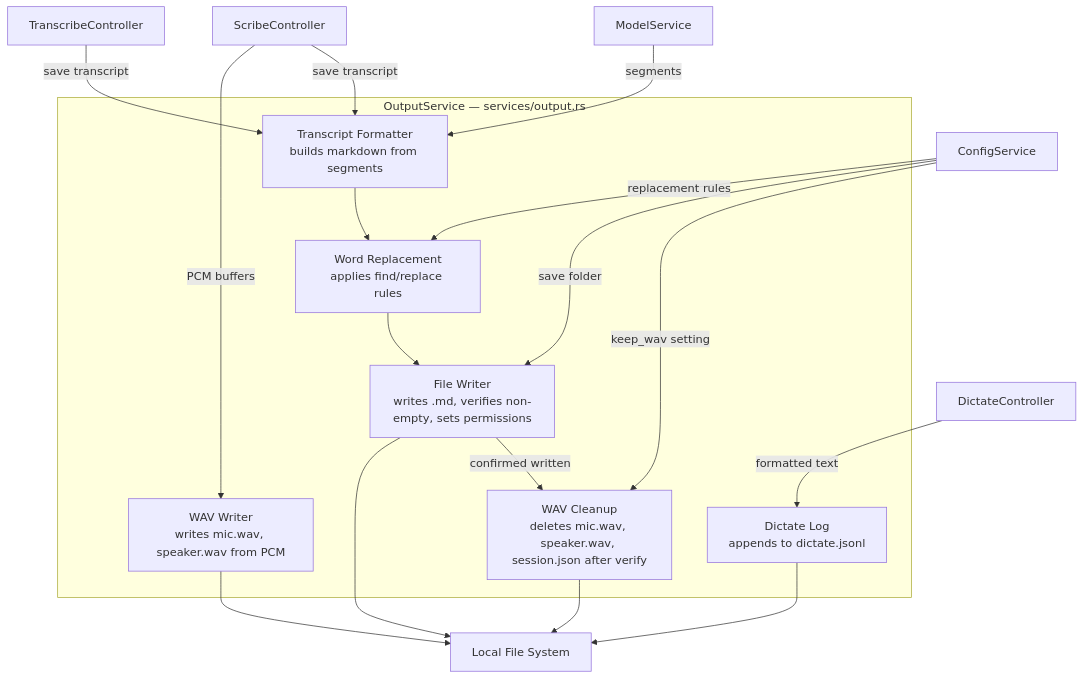
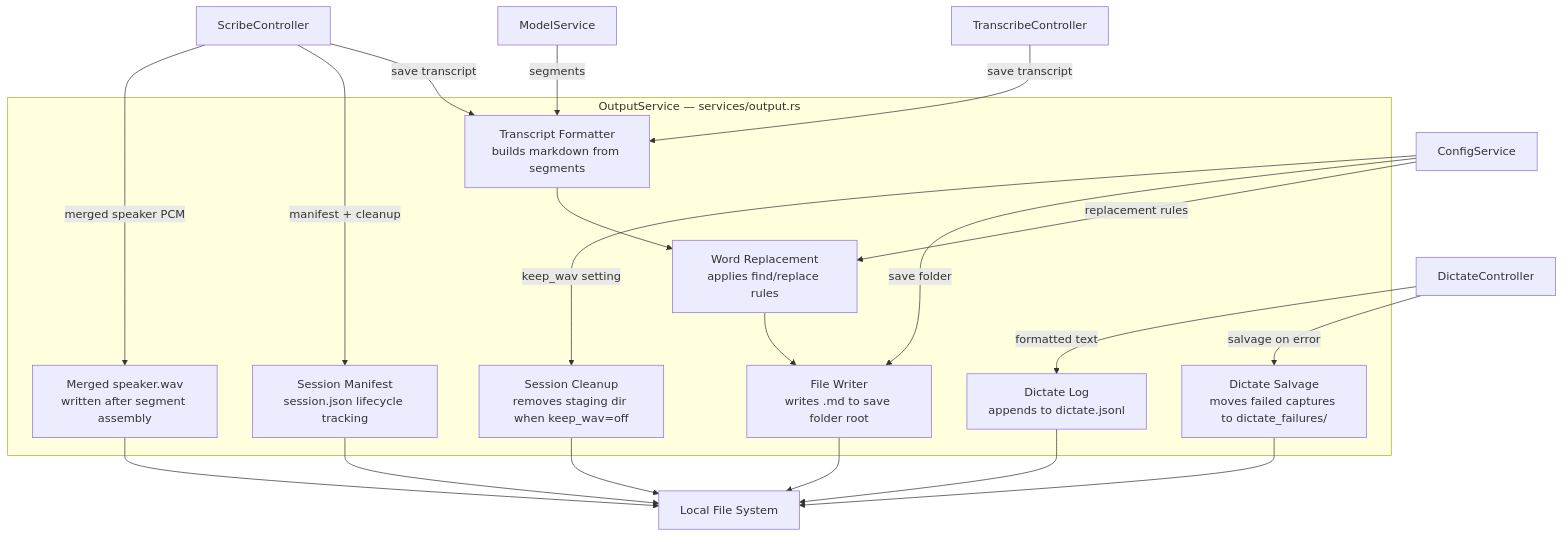
Before and after one commit to Lenniott/scribeFloat: the sixth of 10 diagrams in context/architecture.md, drawn with Mermaid. The commit also changed other lines of this file and 18 other files, not shown here.

````diff
--- a/context/architecture.md
+++ b/context/architecture.md
@@ -293,34 +292,39 @@
 ```mermaid
 graph TB
     subgraph output["OutputService — services/output.rs"]
-        wav_writer["WAV Writer\nwrites mic.wav, speaker.wav from PCM"]
         formatter["Transcript Formatter\nbuilds markdown from segments"]
         replacements["Word Replacement\napplies find/replace rules"]
-        file_writer["File Writer\nwrites .md, verifies non-empty, sets permissions"]
-        wav_cleanup["WAV Cleanup\ndeletes mic.wav, speaker.wav, session.json after verify"]
+        file_writer["File Writer\nwrites .md to save folder root"]
+        manifest["Session Manifest\nsession.json lifecycle tracking"]
+        wav_cleanup["Session Cleanup\nremoves staging dir when keep_wav=off"]
+        salvage["Dictate Salvage\nmoves failed captures to dictate_failures/"]
         dictate_log["Dictate Log\nappends to dictate.jsonl"]
+        merged_wav["Merged speaker.wav\nwritten after segment assembly"]
     end
 
     config["ConfigService"]
     fs["Local File System"]
     ctrl_scribe["ScribeController"]
     ctrl_dictate["DictateController"]
     ctrl_transcribe["TranscribeController"]
     svc_model["ModelService"]
 
-    ctrl_scribe -->|"PCM buffers"| wav_writer
     ctrl_scribe -->|"save transcript"| formatter
+    ctrl_scribe -->|"manifest + cleanup"| manifest
+    ctrl_scribe -->|"merged speaker PCM"| merged_wav
+    ctrl_dictate -->|"salvage on error"| salvage
     ctrl_dictate -->|"formatted text"| dictate_log
     ctrl_transcribe -->|"save transcript"| formatter
     svc_model -->|"segments"| formatter
     formatter --> replacements
     replacements --> file_writer
     file_writer --> fs
-    file_writer -->|"confirmed written"| wav_cleanup
-    wav_writer --> fs
+    manifest --> fs
+    merged_wav --> fs
     wav_cleanup --> fs
+    salvage --> fs
     dictate_log --> fs
     config -->|"replacement rules"| replacements
     config -->|"save folder"| file_writer
     config -->|"keep_wav setting"| wav_cleanup
 ```
````
